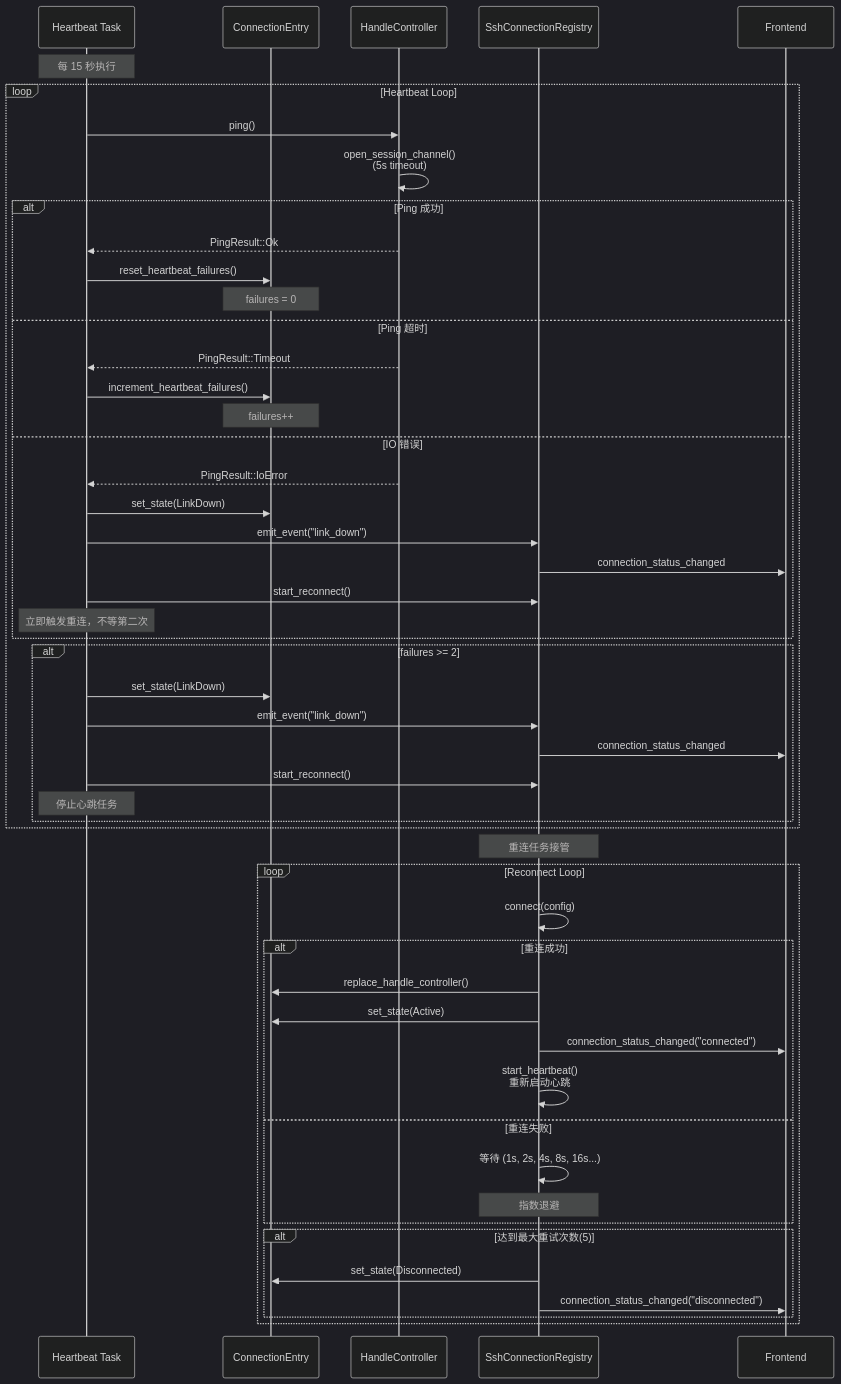
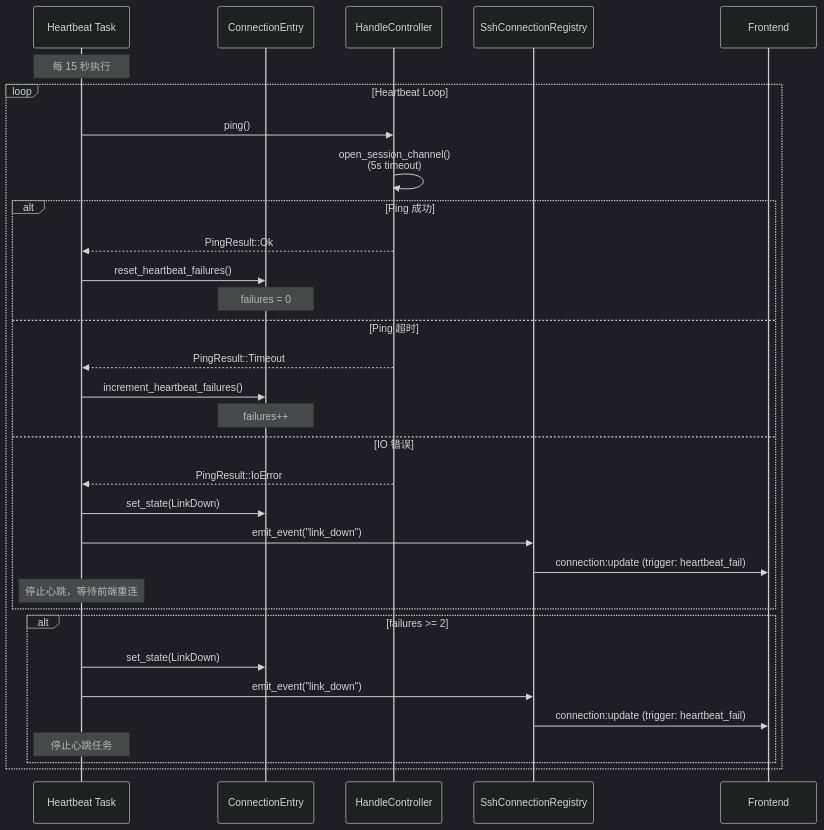
Before and after one commit to AnalyseDeCircuit/OxideTerm: diagram 17 of 19 in docs/ARCHITECTURE.md, drawn with Mermaid (dark theme). The commit also changed other lines of this file and 3 other files, not shown here.

````diff
--- a/docs/ARCHITECTURE.md
+++ b/docs/ARCHITECTURE.md
@@ -1731,61 +1781,38 @@
 ```mermaid
 sequenceDiagram
     participant HB as Heartbeat Task
     participant Conn as ConnectionEntry
     participant HC as HandleController
     participant Reg as SshConnectionRegistry
     participant UI as Frontend
-    
+
     Note over HB: 每 15 秒执行
-    
+
     loop Heartbeat Loop
         HB->>HC: ping()
         HC->>HC: open_session_channel()<br/>(5s timeout)
-        
+
         alt Ping 成功
             HC-->>HB: PingResult::Ok
             HB->>Conn: reset_heartbeat_failures()
             Note over Conn: failures = 0
         else Ping 超时
             HC-->>HB: PingResult::Timeout
             HB->>Conn: increment_heartbeat_failures()
             Note over Conn: failures++
         else IO 错误
             HC-->>HB: PingResult::IoError
             HB->>Conn: set_state(LinkDown)
             HB->>Reg: emit_event("link_down")
-            Reg->>UI: connection_status_changed
-            HB->>Reg: start_reconnect()
-            Note over HB: 立即触发重连，不等第二次
+            Reg->>UI: connection:update (trigger: heartbeat_fail)
+            Note over HB: 停止心跳，等待前端重连
         end
-        
+
         alt failures >= 2
             HB->>Conn: set_state(LinkDown)
             HB->>Reg: emit_event("link_down")
-            Reg->>UI: connection_status_changed
-            HB->>Reg: start_reconnect()
+            Reg->>UI: connection:update (trigger: heartbeat_fail)
             Note over HB: 停止心跳任务
         end
     end
-    
-    Note over Reg: 重连任务接管
-    
-    loop Reconnect Loop
-        Reg->>Reg: connect(config)
-        
-        alt 重连成功
-            Reg->>Conn: replace_handle_controller()
-            Reg->>Conn: set_state(Active)
-            Reg->>UI: connection_status_changed("connected")
-            Reg->>Reg: start_heartbeat()<br/>重新启动心跳
-        else 重连失败
-            Reg->>Reg: 等待 (1s, 2s, 4s, 8s, 16s...)
-            Note over Reg: 指数退避
-        end
-        
-        alt 达到最大重试次数(5)
-            Reg->>Conn: set_state(Disconnected)
-            Reg->>UI: connection_status_changed("disconnected")
-        end
-    end
 ```
````
